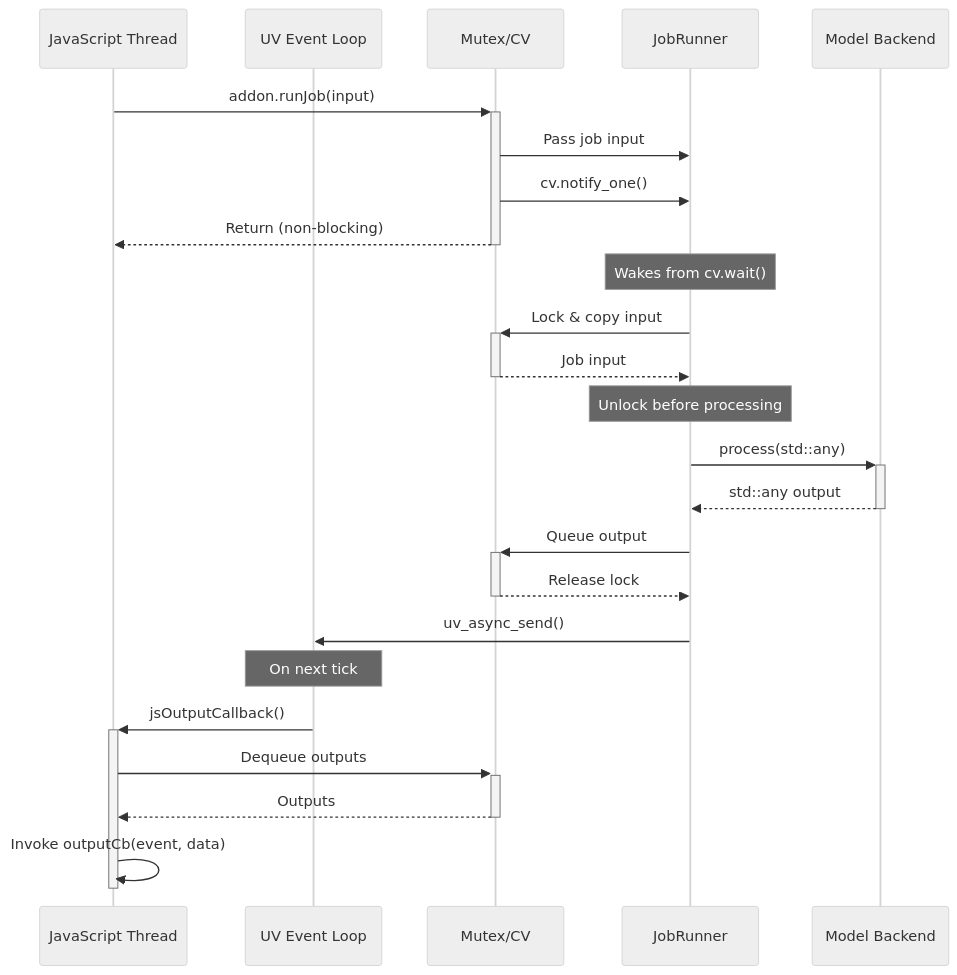
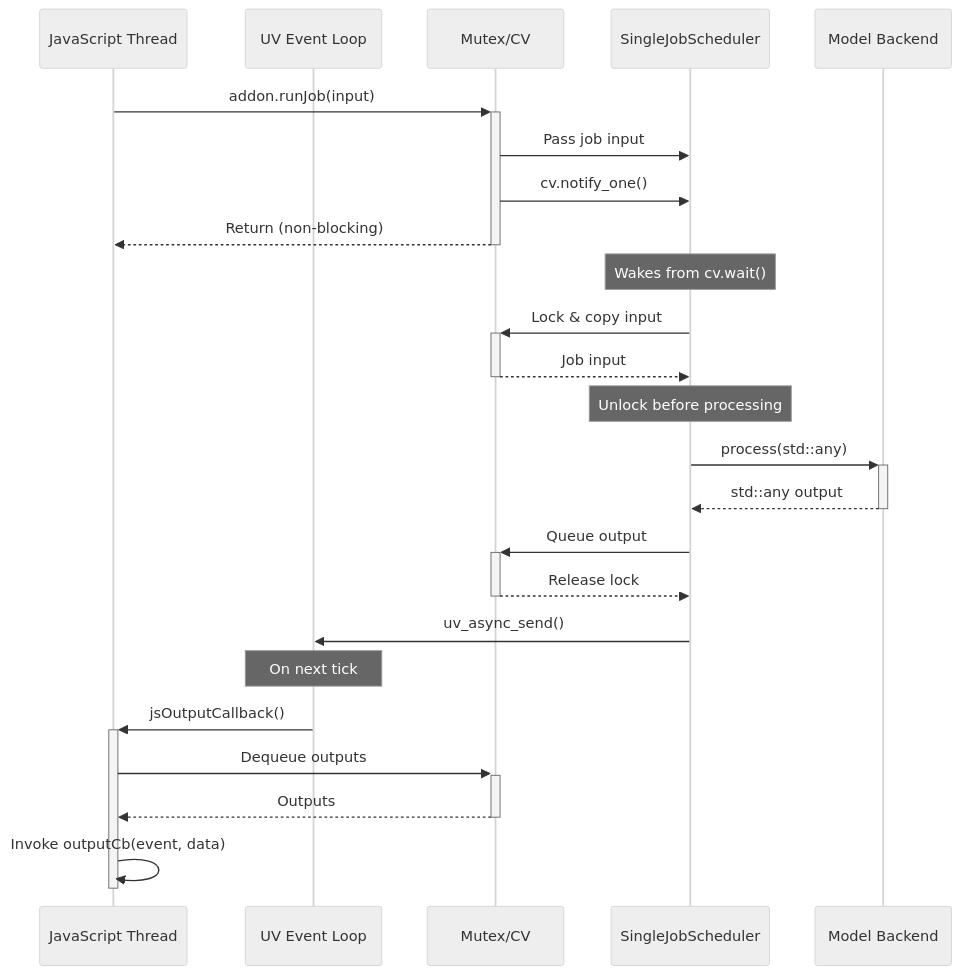
Before and after one commit to tetherto/qvac: the first of 2 diagrams in packages/inference-addon-cpp/docs/data-flows-detailed.md, drawn with Mermaid (neutral theme). The commit also changed other lines of this file and 3 other files, not shown here.

Commit message:
doc[api]: document 1.3.0 multi-job scheduler, breaking changes, and update stale JobRunner docs

````diff
--- a/packages/inference-addon-cpp/docs/data-flows-detailed.md
+++ b/packages/inference-addon-cpp/docs/data-flows-detailed.md
@@ -45,31 +46,31 @@
 ```mermaid
 sequenceDiagram
     participant JS as JavaScript Thread
     participant UV as UV Event Loop
     participant Mtx as Mutex/CV
-    participant JR as JobRunner
+    participant JR as SingleJobScheduler
     participant Model as Model Backend
     
     JS->>+Mtx: addon.runJob(input)
     Mtx->>JR: Pass job input
     Mtx->>JR: cv.notify_one()
     Mtx-->>-JS: Return (non-blocking)
     
     Note over JR: Wakes from cv.wait()
     JR->>+Mtx: Lock & copy input
     Mtx-->>-JR: Job input
     Note over JR: Unlock before processing
     JR->>+Model: process(std::any)
     Model-->>-JR: std::any output
     
     JR->>+Mtx: Queue output
     Mtx-->>-JR: Release lock
     JR->>UV: uv_async_send()
     
     Note over UV: On next tick
     UV->>+JS: jsOutputCallback()
     JS->>+Mtx: Dequeue outputs
     Mtx-->>-JS: Outputs
     JS->>JS: Invoke outputCb(event, data)
     deactivate JS
 ```
````
